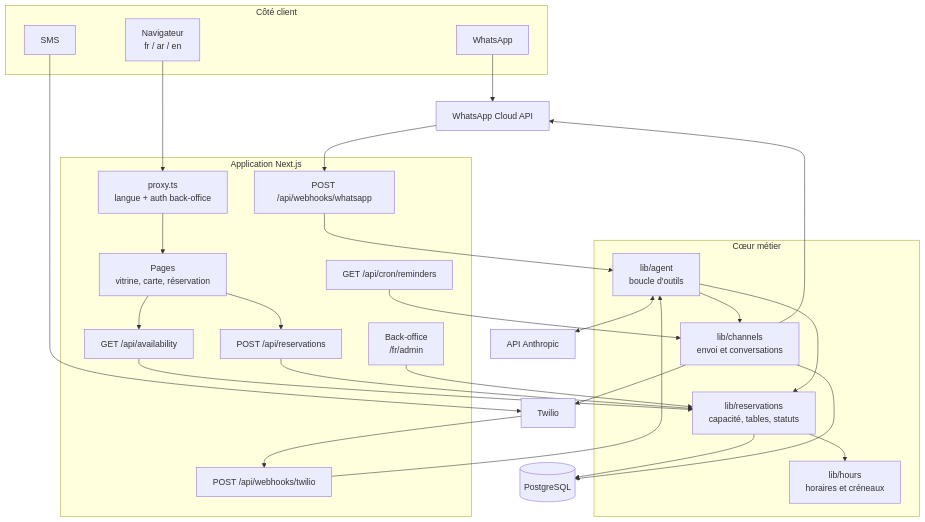
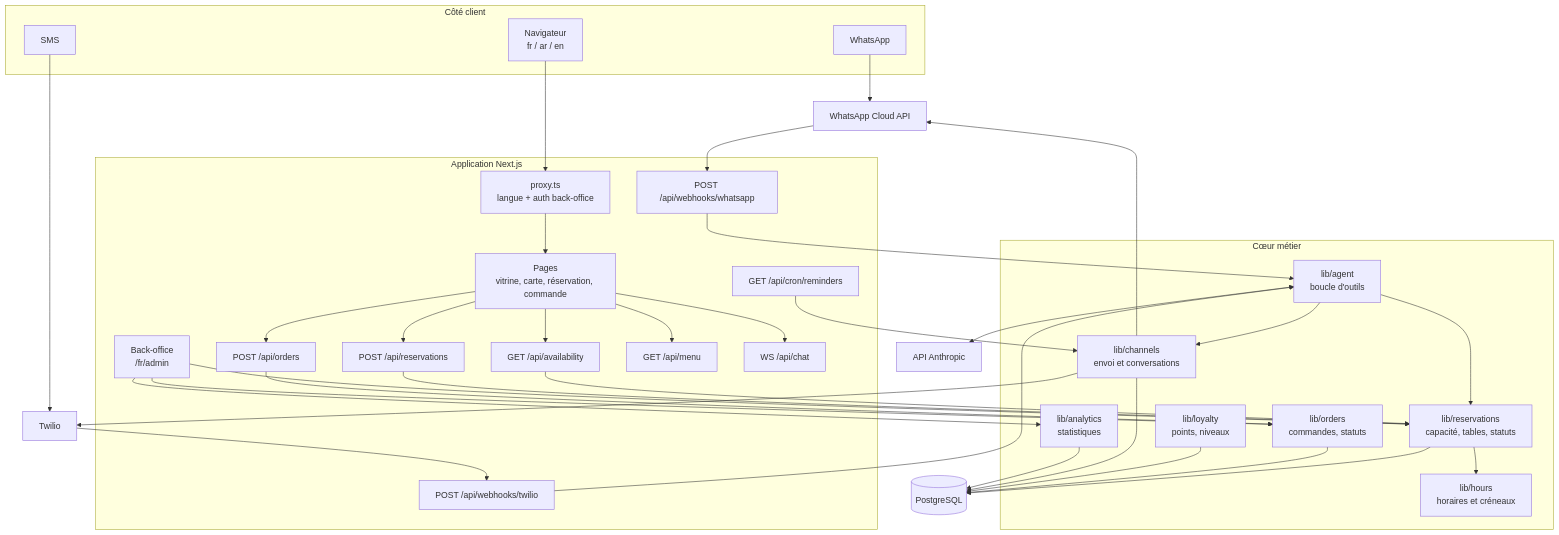
Before and after one commit to iyednefzi99/zanzibar.lounge: the diagram in README.md, drawn with Mermaid. The commit also changed other lines of this file and 1 other file, not shown here.

````diff
--- a/README.md
+++ b/README.md
@@ -62,50 +79,64 @@
 ```mermaid
 flowchart TB
     subgraph clients [Côté client]
         WEB[Navigateur<br/>fr / ar / en]
         WA[WhatsApp]
         SMS[SMS]
     end
 
     subgraph next [Application Next.js]
         PROXY[proxy.ts<br/>langue + auth back-office]
-        PAGES[Pages<br/>vitrine, carte, réservation]
+        PAGES[Pages<br/>vitrine, carte, réservation, commande]
         ADMIN[Back-office<br/>/fr/admin]
         API_RES[POST /api/reservations]
         API_AVA[GET /api/availability]
+        API_ORD[POST /api/orders]
+        API_MENU[GET /api/menu]
+        API_CHAT[WS /api/chat]
         HOOK_WA[POST /api/webhooks/whatsapp]
         HOOK_SMS[POST /api/webhooks/twilio]
         CRON[GET /api/cron/reminders]
     end
 
     subgraph core [Cœur métier]
         RES[lib/reservations<br/>capacité, tables, statuts]
+        ORD[lib/orders<br/>commandes, statuts]
+        LOY[lib/loyalty<br/>points, niveaux]
         HOURS[lib/hours<br/>horaires et créneaux]
         AGENT[lib/agent<br/>boucle d'outils]
         CH[lib/channels<br/>envoi et conversations]
+        ANA[lib/analytics<br/>statistiques]
     end
 
     CLAUDE[API Anthropic]
     DB[(PostgreSQL)]
     META[WhatsApp Cloud API]
     TW[Twilio]
 
     WEB --> PROXY --> PAGES
     PAGES --> API_AVA --> RES
     PAGES --> API_RES --> RES
+    PAGES --> API_ORD --> ORD
+    PAGES --> API_MENU
+    PAGES --> API_CHAT
     ADMIN --> RES
+    ADMIN --> ORD
+    ADMIN --> ANA
 
     WA --> META --> HOOK_WA --> AGENT
     SMS --> TW --> HOOK_SMS --> AGENT
 
     AGENT <--> CLAUDE
     AGENT --> RES
     AGENT --> CH
     CRON --> CH
     CH --> META
     CH --> TW
 
     RES --> HOURS
     RES --> DB
+    ORD --> DB
+    LOY --> DB
     CH --> DB
+    ANA --> DB
 ```
````
